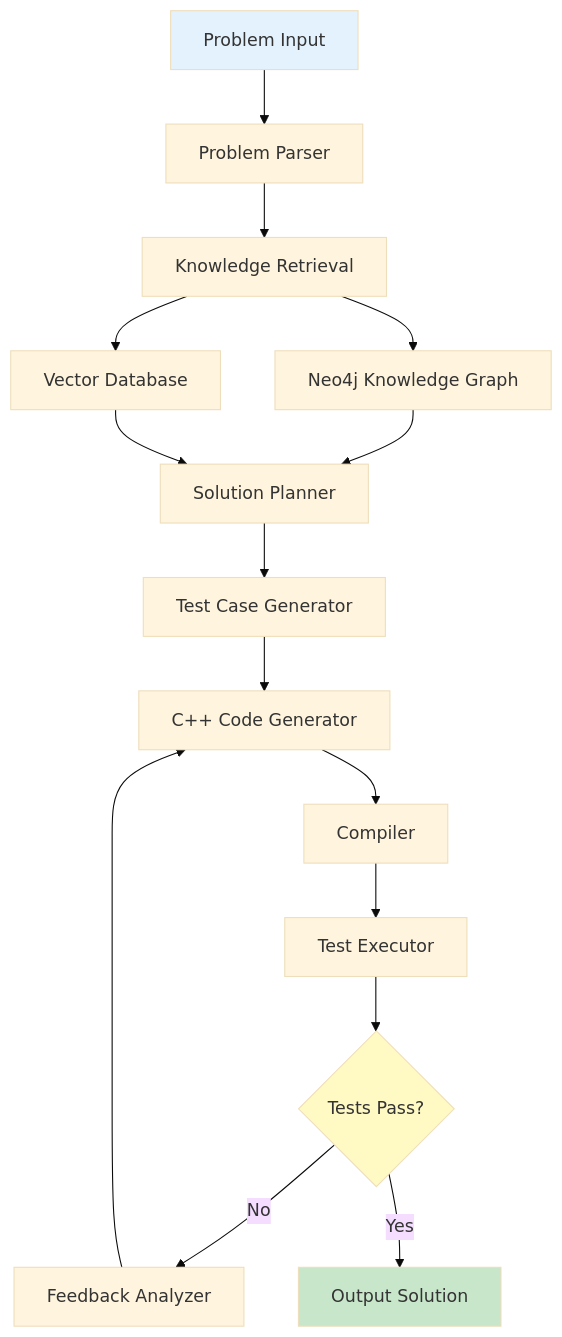
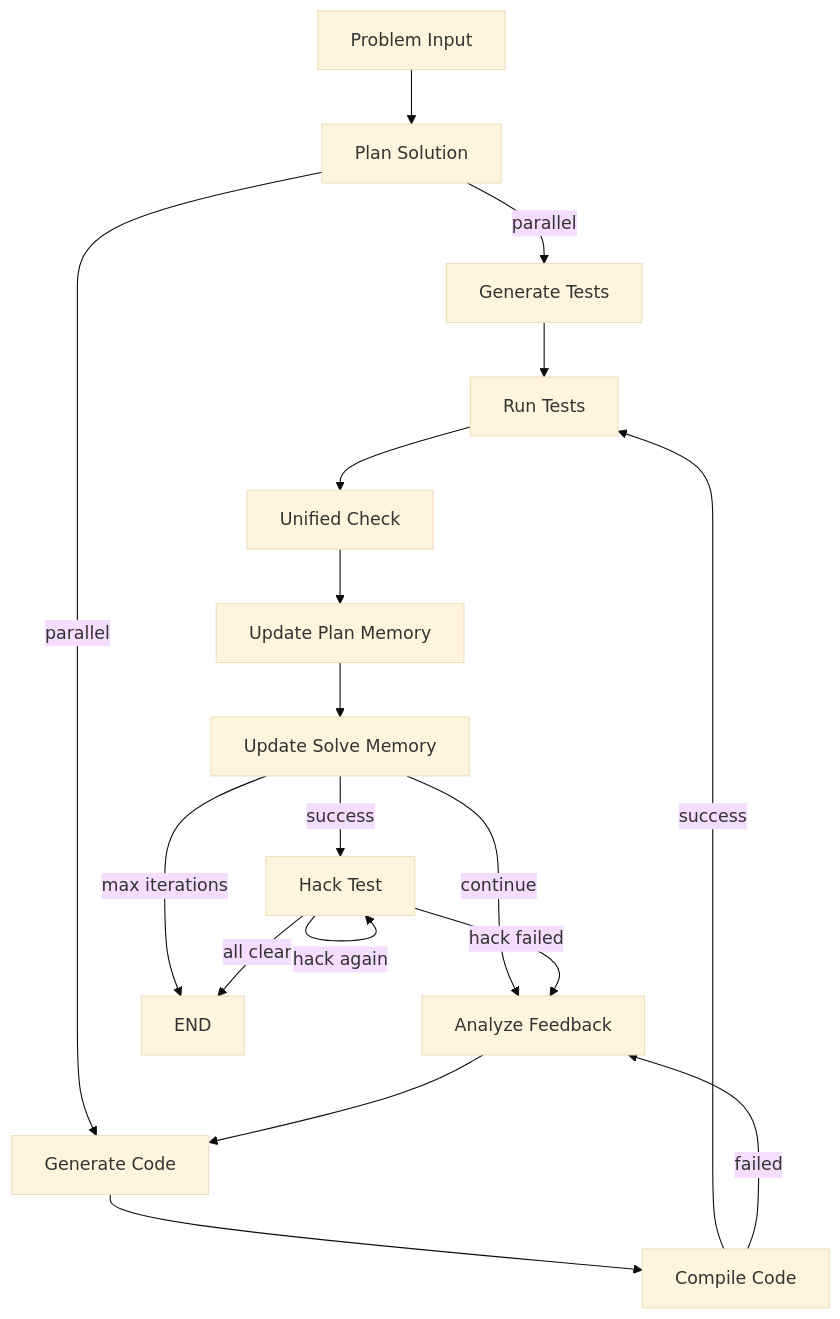
The diagram in README.md (alvaroborras/Solvita), drawn with Mermaid (base theme) before and after one commit. The commit also changed other lines of this file and 45 other files, not shown here.

Commit message:
Architecture refactor: sandboxed exec, sqlite memory, workflow wiring

````diff
--- a/README.md
+++ b/README.md
@@ -69,21 +63,20 @@
 ```mermaid
 graph TD
-    A[Problem Input] --> B[Problem Parser]
-    B --> C[Knowledge Retrieval]
-    C --> D[Neo4j Knowledge Graph]
-    C --> E[Vector Database]
-    D --> F[Solution Planner]
-    E --> F
-    F --> G[Test Case Generator]
-    G --> H[C++ Code Generator]
-    H --> I[Compiler]
-    I --> J[Test Executor]
-    J --> K{Tests Pass?}
-    K -->|No| L[Feedback Analyzer]
-    L --> H
-    K -->|Yes| M[Output Solution]
-    
-    style A fill:#e3f2fd
-    style M fill:#c8e6c9
-    style K fill:#fff9c4
+    A[Problem Input] --> B[Plan Solution]
+    B -->|parallel| C[Generate Tests]
+    B -->|parallel| D[Generate Code]
+    D --> E[Compile Code]
+    E -->|success| F[Run Tests]
+    E -->|failed| I
+    C --> F
+    F --> G[Unified Check]
+    G --> H1[Update Plan Memory]
+    H1 --> H2[Update Solve Memory]
+    H2 -->|success| HT[Hack Test]
+    H2 -->|continue| I[Analyze Feedback]
+    H2 -->|max iterations| Z[END]
+    HT -->|hack again| HT
+    HT -->|hack failed| I
+    HT -->|all clear| Z
+    I --> D
 ```
````
